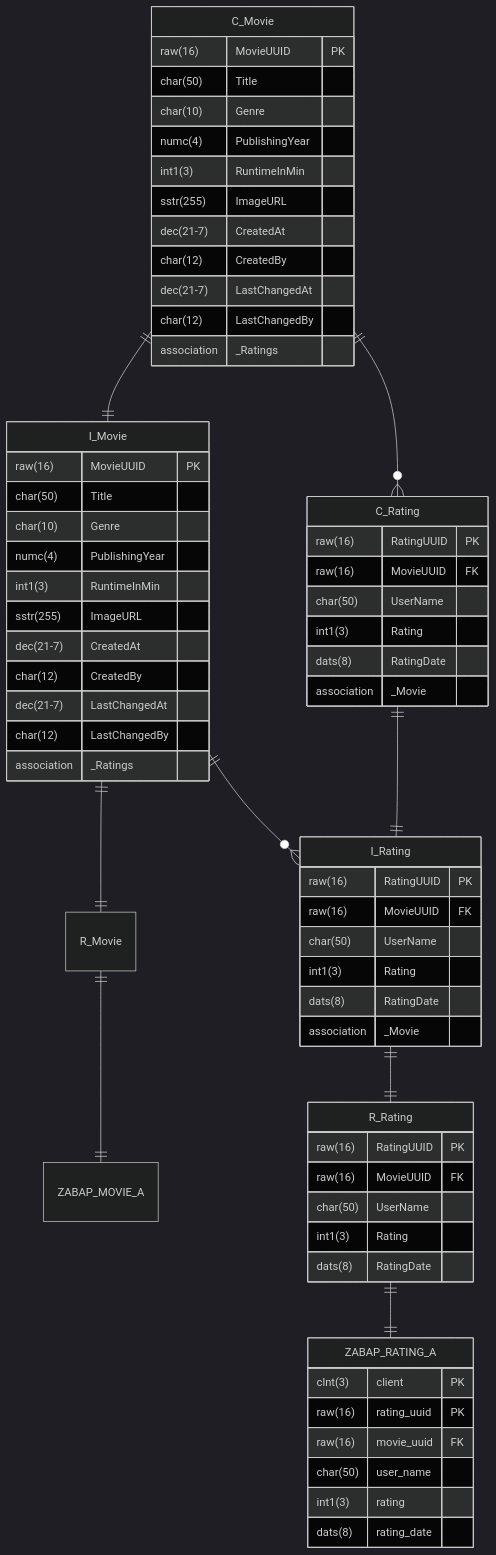
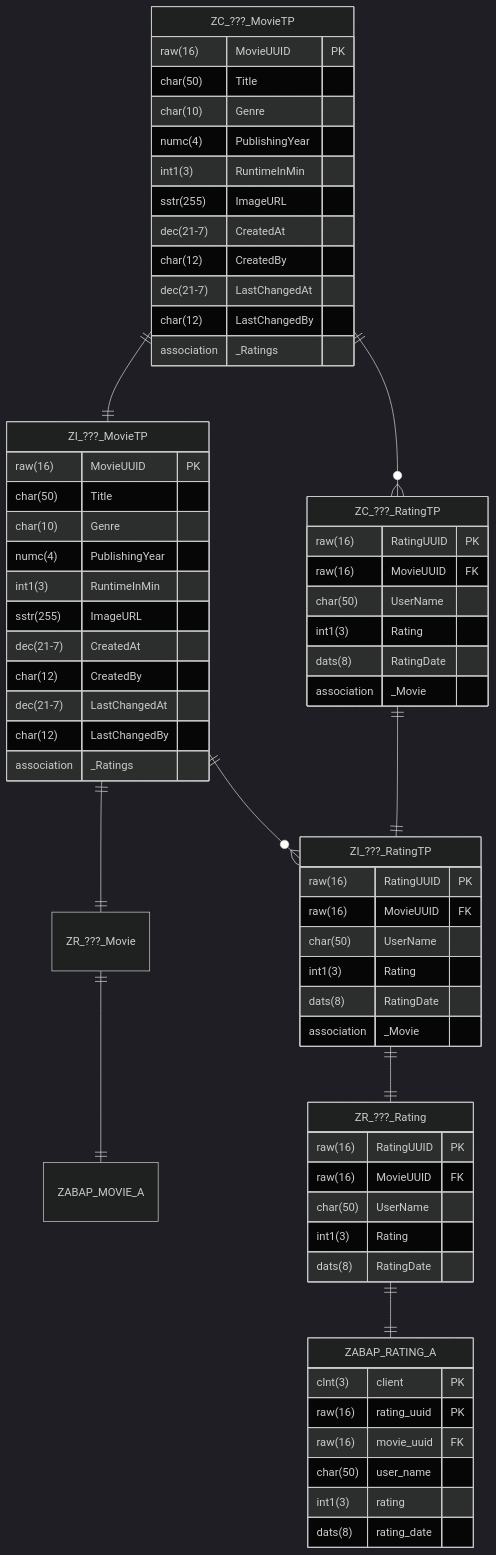
Before and after one commit to appenmaier/s4hana: the diagram in docs/exercises/rap/rap-02.md, drawn with Mermaid (dark theme). The commit also changed other lines of this file and 38 other files, not shown here.

````diff
--- a/docs/exercises/rap/rap-02.md
+++ b/docs/exercises/rap/rap-02.md
@@ -16,74 +16,74 @@
 ```mermaid
 erDiagram
-    R_Movie ||--|| ZABAP_MOVIE_A  : ""
-    I_Movie ||--|| R_Movie  : ""
-    C_Movie ||--|| I_Movie  : ""
-    R_Rating ||--|| ZABAP_RATING_A : ""
-    I_Rating ||--|| R_Rating : ""
-    C_Rating ||--|| I_Rating : ""
-    I_Movie ||--o{ I_Rating : ""
-    C_Movie ||--o{ C_Rating : ""
+    "ZR_???_Movie" ||--|| ZABAP_MOVIE_A  : ""
+    "ZI_???_MovieTP" ||--|| "ZR_???_Movie"  : ""
+    "ZC_???_MovieTP" ||--|| "ZI_???_MovieTP"  : ""
+    "ZR_???_Rating" ||--|| ZABAP_RATING_A : ""
+    "ZI_???_RatingTP" ||--|| "ZR_???_Rating" : ""
+    "ZC_???_RatingTP" ||--|| "ZI_???_RatingTP" : ""
+    "ZI_???_MovieTP" ||--o{ "ZI_???_RatingTP" : ""
+    "ZC_???_MovieTP" ||--o{ "ZC_???_RatingTP" : ""
 
     ZABAP_RATING_A {
         clnt(3) client PK
         raw(16) rating_uuid PK
         raw(16) movie_uuid FK
         char(50) user_name
         int1(3) rating
         dats(8) rating_date
     }
 
-    R_Rating {
+    "ZR_???_Rating" {
         raw(16) RatingUUID PK
         raw(16) MovieUUID FK
         char(50) UserName
         int1(3) Rating
         dats(8) RatingDate
     }
 
-    I_Rating {
+    "ZI_???_RatingTP" {
         raw(16) RatingUUID PK
         raw(16) MovieUUID FK
         char(50) UserName
         int1(3) Rating
         dats(8) RatingDate
         association _Movie
     }
 
-    C_Rating {
+    "ZC_???_RatingTP" {
         raw(16) RatingUUID PK
         raw(16) MovieUUID FK
         char(50) UserName
         int1(3) Rating
         dats(8) RatingDate
         association _Movie
     }
 
-    I_Movie {
+    "ZI_???_MovieTP" {
         raw(16) MovieUUID PK
         char(50) Title
         char(10) Genre
         numc(4) PublishingYear
         int1(3) RuntimeInMin
         sstr(255) ImageURL
         dec(21-7) CreatedAt
         char(12) CreatedBy
         dec(21-7) LastChangedAt
         char(12) LastChangedBy
         association _Ratings
     }
 
-    C_Movie {
+    "ZC_???_MovieTP" {
         raw(16) MovieUUID PK
         char(50) Title
         char(10) Genre
         numc(4) PublishingYear
         int1(3) RuntimeInMin
         sstr(255) ImageURL
         dec(21-7) CreatedAt
         char(12) CreatedBy
         dec(21-7) LastChangedAt
         char(12) LastChangedBy
         association _Ratings
     }
 ```
````
